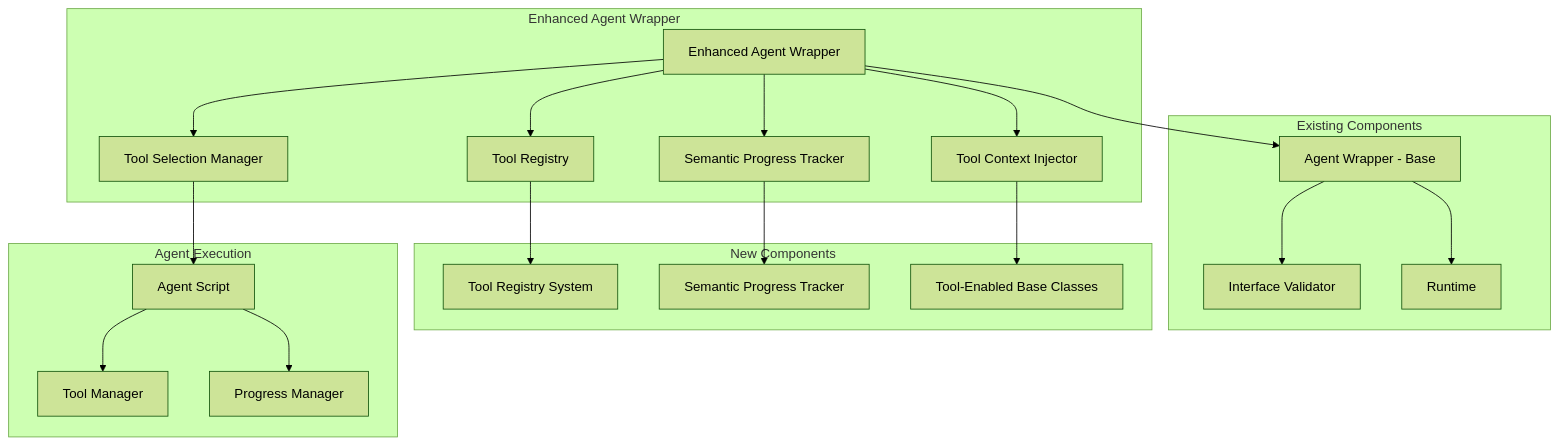
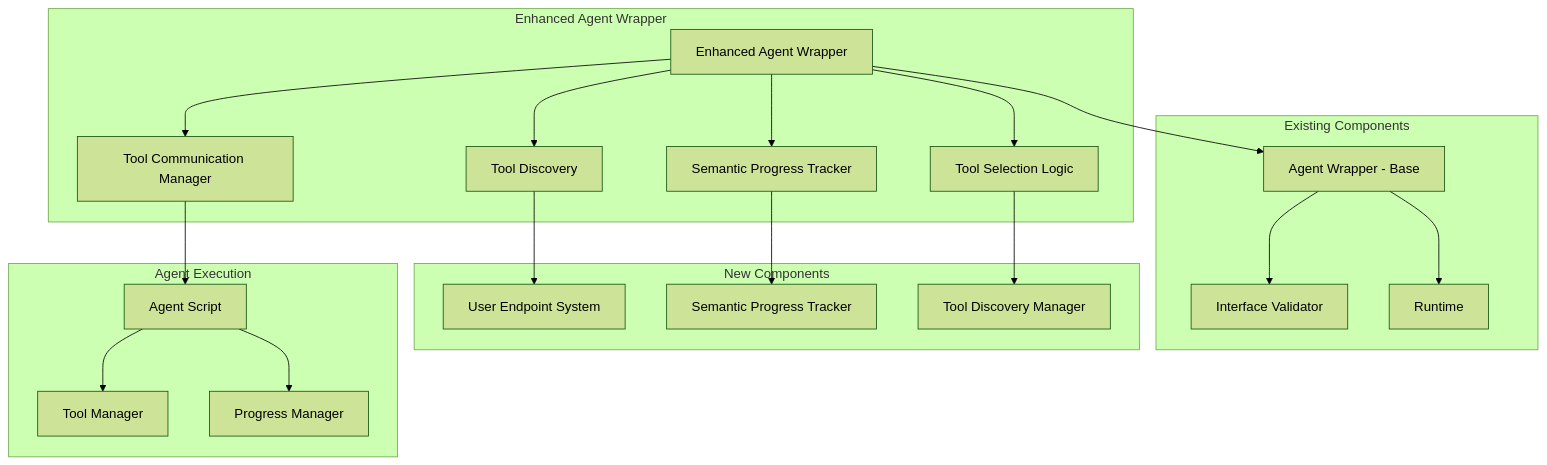
One commit to agentplug/agenthub changed the diagram in docs/.implementation_design/phase2.5_semantic_progress_tools/core/03_enhanced_agent_wrapper_design.md. Above: the diagram before and after it, drawn with Mermaid (forest theme). The commit also changed other lines of this file, not shown here.

First line of the commit message:
docs: update agent wrapper architecture diagram

````diff
--- a/docs/.implementation_design/phase2.5_semantic_progress_tools/core/03_enhanced_agent_wrapper_design.md
+++ b/docs/.implementation_design/phase2.5_semantic_progress_tools/core/03_enhanced_agent_wrapper_design.md
@@ -18,42 +18,42 @@
 ```mermaid
 graph TB
     subgraph "Enhanced Agent Wrapper"
         EAW[Enhanced Agent Wrapper]
-        TR[Tool Registry]
+        TD[Tool Discovery]
         SPT[Semantic Progress Tracker]
-        TCI[Tool Context Injector]
-        TSM[Tool Selection Manager]
+        TSL[Tool Selection Logic]
+        TCM[Tool Communication Manager]
     end
 
     subgraph "Existing Components"
         AW[Agent Wrapper - Base]
         IV[Interface Validator]
         RT[Runtime]
     end
 
     subgraph "New Components"
-        TRS[Tool Registry System]
+        UES[User Endpoint System]
         SPTR[Semantic Progress Tracker]
-        TEB[Tool-Enabled Base Classes]
+        TDM[Tool Discovery Manager]
     end
 
     subgraph "Agent Execution"
         AG[Agent Script]
         TM[Tool Manager]
         PM[Progress Manager]
     end
 
     EAW --> AW
-    EAW --> TR
+    EAW --> TD
     EAW --> SPT
-    EAW --> TCI
-    EAW --> TSM
+    EAW --> TSL
+    EAW --> TCM
     AW --> IV
     AW --> RT
-    TR --> TRS
+    TD --> UES
     SPT --> SPTR
-    TCI --> TEB
-    TSM --> AG
+    TSL --> TDM
+    TCM --> AG
     AG --> TM
     AG --> PM
 ```
````
